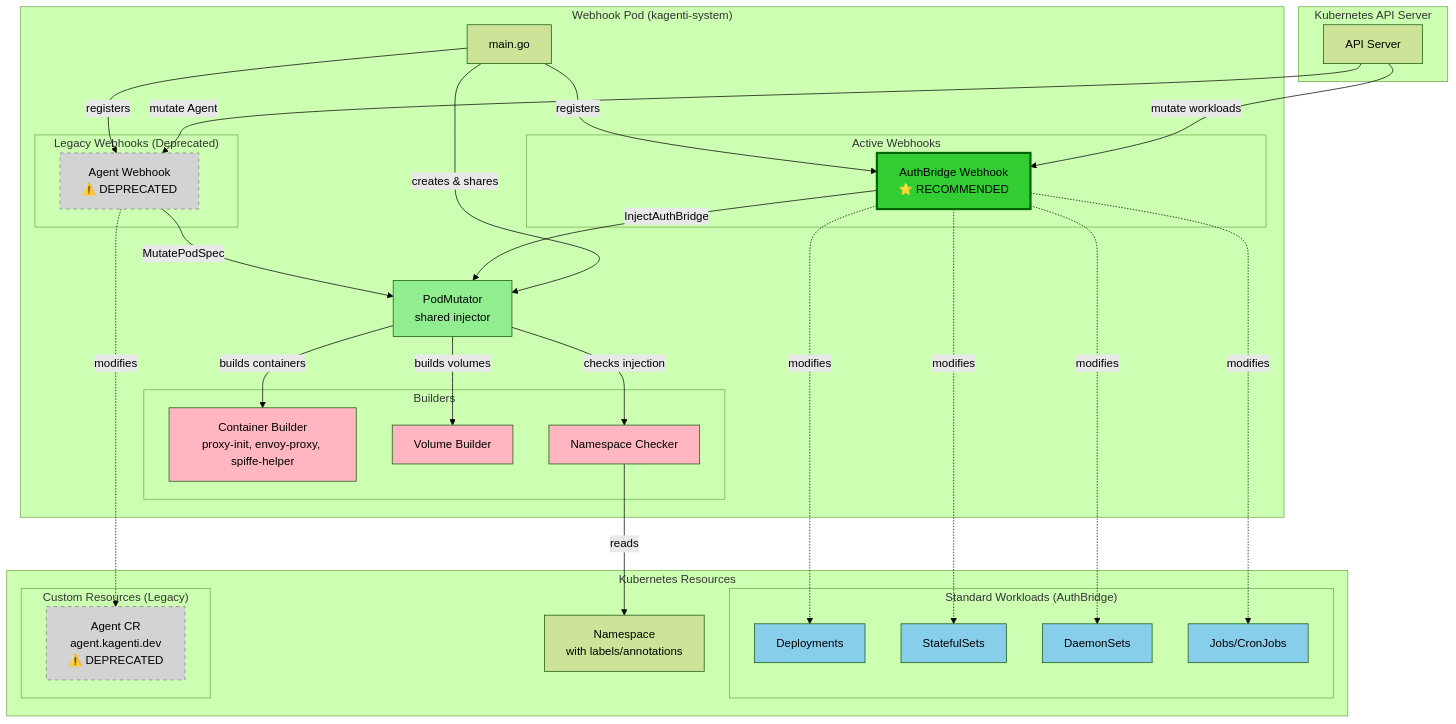
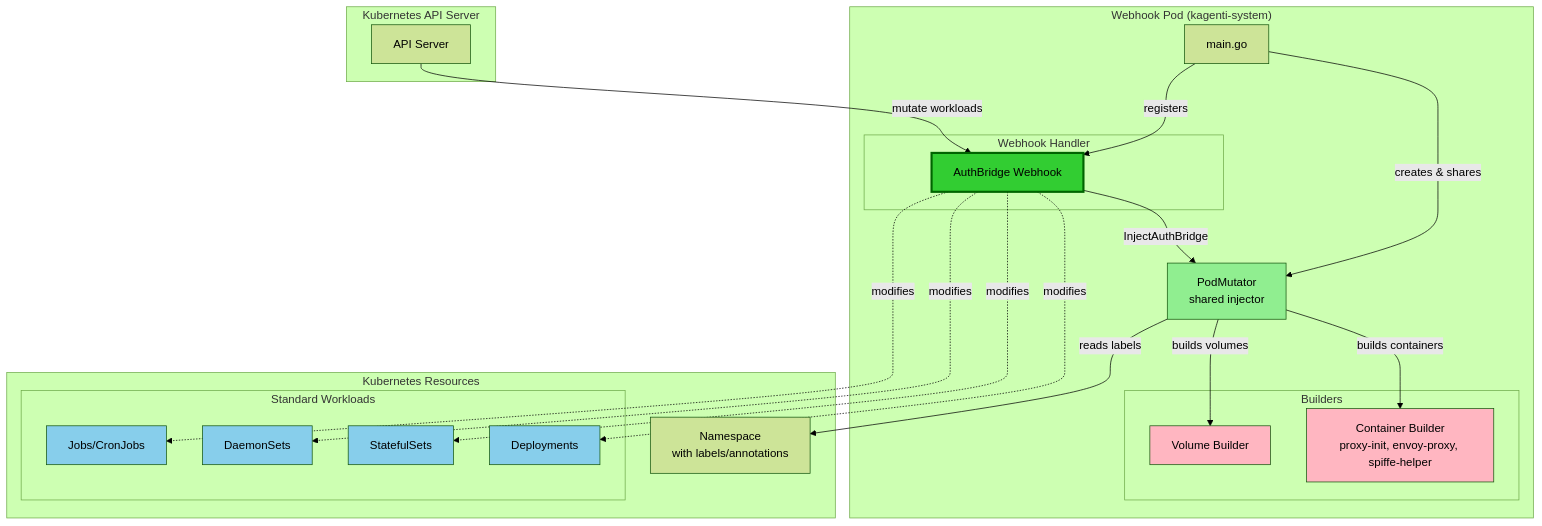
The first of 4 diagrams in kagenti-webhook/ARCHITECTURE.md (cwiklik/kagenti-extensions), drawn with Mermaid (forest theme) before and after one commit. The commit also changed other lines of this file and 17 other files, not shown here.

First line of the commit message:
chore: Remove deprecated Agent CR webhook and kagenti/operator dependency

````diff
--- a/kagenti-webhook/ARCHITECTURE.md
+++ b/kagenti-webhook/ARCHITECTURE.md
@@ -11,73 +7,56 @@
 ```mermaid
 graph TB
     subgraph "Kubernetes API Server"
         API[API Server]
     end
 
     subgraph "Webhook Pod (kagenti-system)"
         MAIN[main.go]
         MUTATOR[PodMutator<br/>shared injector]
 
-        subgraph "Active Webhooks"
-            AUTH[AuthBridge Webhook<br/>⭐ RECOMMENDED]
-        end
-
-        subgraph "Legacy Webhooks (Deprecated)"
-            AGENT[Agent Webhook<br/>⚠️ DEPRECATED]
+        subgraph "Webhook Handler"
+            AUTH[AuthBridge Webhook]
         end
 
         subgraph "Builders"
             CONT[Container Builder<br/>proxy-init, envoy-proxy, spiffe-helper]
             VOL[Volume Builder]
-            NS[Namespace Checker]
         end
     end
 
     subgraph "Kubernetes Resources"
-        subgraph "Standard Workloads (AuthBridge)"
+        subgraph "Standard Workloads"
             DEPLOY[Deployments]
             STS[StatefulSets]
             DS[DaemonSets]
             JOB[Jobs/CronJobs]
         end
 
-        subgraph "Custom Resources (Legacy)"
-            AGENTCR[Agent CR<br/>agent.kagenti.dev<br/>⚠️ DEPRECATED]
-        end
-
         NAMESPACE[Namespace<br/>with labels/annotations]
     end
 
     API -->|mutate workloads| AUTH
-    API -->|mutate Agent| AGENT
 
     MAIN -->|creates & shares| MUTATOR
     MAIN -->|registers| AUTH
-    MAIN -->|registers| AGENT
 
     AUTH -->|InjectAuthBridge| MUTATOR
-    AGENT -->|MutatePodSpec| MUTATOR
 
     MUTATOR -->|builds containers| CONT
     MUTATOR -->|builds volumes| VOL
-    MUTATOR -->|checks injection| NS
+    MUTATOR -->|reads labels| NAMESPACE
 
-    NS -->|reads| NAMESPACE
     AUTH -.->|modifies| DEPLOY
     AUTH -.->|modifies| STS
     AUTH -.->|modifies| DS
     AUTH -.->|modifies| JOB
-    AGENT -.->|modifies| AGENTCR
 
     style MUTATOR fill:#90EE90
     style AUTH fill:#32CD32,stroke:#006400,stroke-width:3px
-    style AGENT fill:#D3D3D3,stroke:#808080,stroke-dasharray: 5 5
     style CONT fill:#FFB6C1
     style VOL fill:#FFB6C1
-    style NS fill:#FFB6C1
     style DEPLOY fill:#87CEEB
     style STS fill:#87CEEB
     style DS fill:#87CEEB
     style JOB fill:#87CEEB
-    style AGENTCR fill:#D3D3D3,stroke:#808080,stroke-dasharray: 5 5
 ```
````
